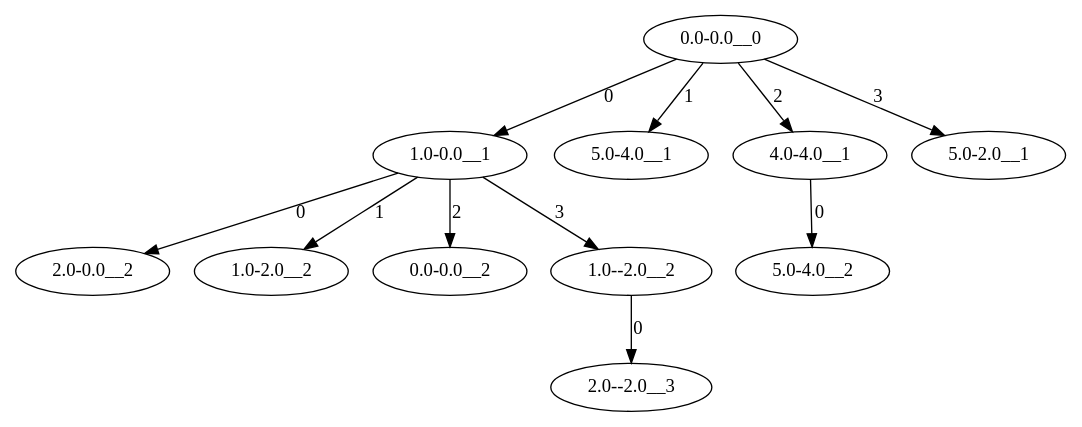
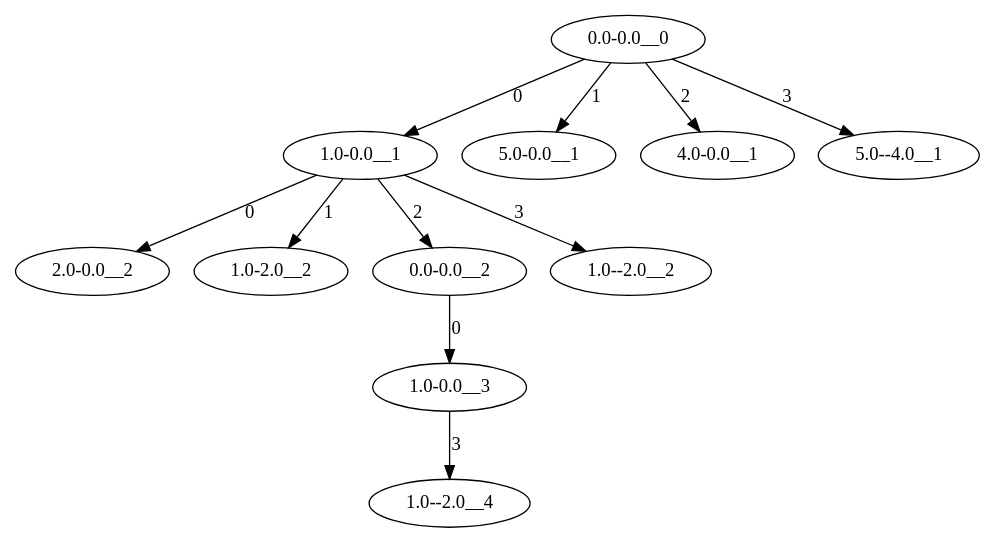
The diagram in images/search_tree.gv (Haavasma/IT3105_Project_2), drawn with Graphviz before and after one commit. The commit also changed 2 other files, not shown here.

```diff
--- a/images/search_tree.gv
+++ b/images/search_tree.gv
@@ -1,12 +1,12 @@
 digraph search_tree {
 	"0.0-0.0__0" -> "1.0-0.0__1" [label=0]
 	"1.0-0.0__1" -> "2.0-0.0__2" [label=0]
 	"1.0-0.0__1" -> "1.0-2.0__2" [label=1]
 	"1.0-0.0__1" -> "0.0-0.0__2" [label=2]
+	"0.0-0.0__2" -> "1.0-0.0__3" [label=0]
+	"1.0-0.0__3" -> "1.0--2.0__4" [label=3]
 	"1.0-0.0__1" -> "1.0--2.0__2" [label=3]
-	"1.0--2.0__2" -> "2.0--2.0__3" [label=0]
-	"0.0-0.0__0" -> "5.0-4.0__1" [label=1]
-	"0.0-0.0__0" -> "4.0-4.0__1" [label=2]
-	"4.0-4.0__1" -> "5.0-4.0__2" [label=0]
-	"0.0-0.0__0" -> "5.0-2.0__1" [label=3]
+	"0.0-0.0__0" -> "5.0-0.0__1" [label=1]
+	"0.0-0.0__0" -> "4.0-0.0__1" [label=2]
+	"0.0-0.0__0" -> "5.0--4.0__1" [label=3]
 }
```
